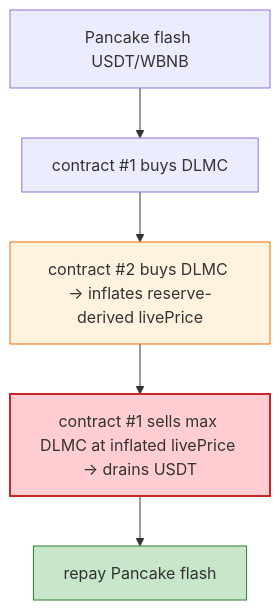
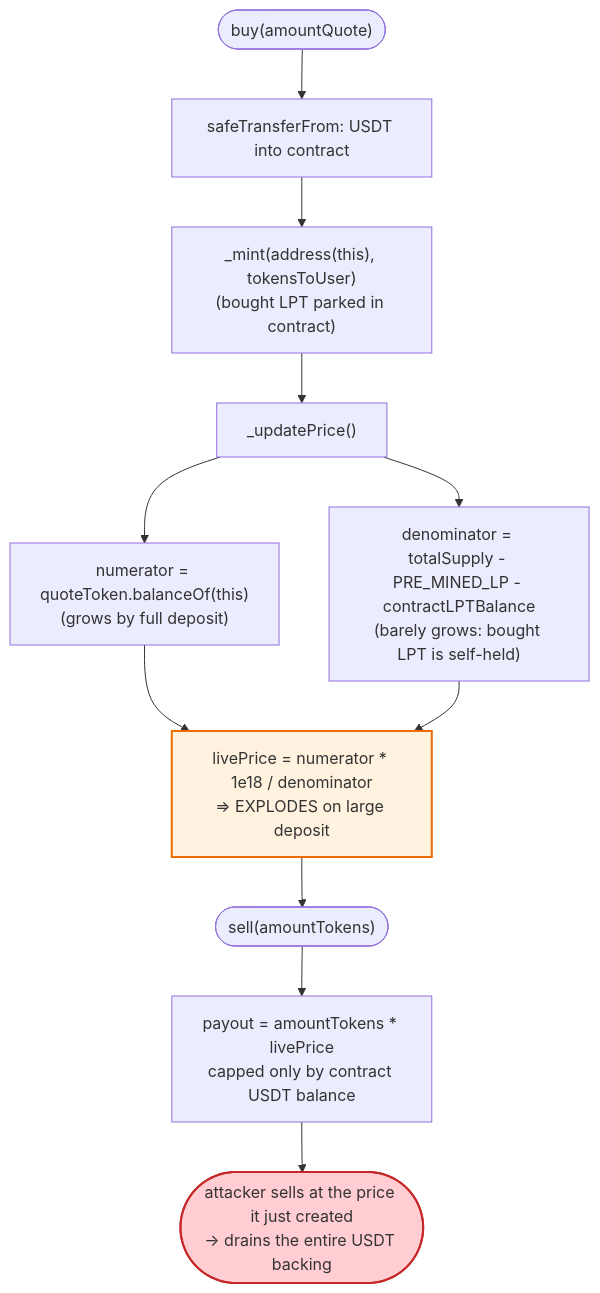
Before and after one commit to sanbir/evm-hack-registry: the third of 4 diagrams in 2026-06-DLMC_exp/DLMC_exp.md, drawn with Mermaid. The commit also changed other lines of this file and 32 other files, not shown here.

````diff
--- a/2026-06-DLMC_exp/DLMC_exp.md
+++ b/2026-06-DLMC_exp/DLMC_exp.md
@@ -39,11 +397,16 @@
 ```mermaid
 flowchart TD
-    FL["Pancake flash USDT/WBNB"] --> B1["contract #1 buys DLMC"]
-    B1 --> B2["contract #2 buys DLMC → inflates reserve-derived livePrice"]
-    B2 --> S["contract #1 sells max DLMC at inflated livePrice → drains USDT"]
-    S --> RP["repay Pancake flash"]
+    Start(["buy(amountQuote)"]) --> In["safeTransferFrom: USDT into contract"]
+    In --> Mint["_mint(address(this), tokensToUser)<br/>(bought LPT parked in contract)"]
+    Mint --> Upd["_updatePrice()"]
+    Upd --> Num["numerator = quoteToken.balanceOf(this)<br/>(grows by full deposit)"]
+    Upd --> Den["denominator = totalSupply - PRE_MINED_LP - contractLPTBalance<br/>(barely grows: bought LPT is self-held)"]
+    Num --> Price["livePrice = numerator * 1e18 / denominator<br/>=> EXPLODES on large deposit"]
+    Den --> Price
+    Price --> Sell(["sell(amountTokens)"])
+    Sell --> Payout["payout = amountTokens * livePrice<br/>capped only by contract USDT balance"]
+    Payout --> Drain(["attacker sells at the price it just created<br/>-> drains the entire USDT backing"])
 
-    style B2 fill:#fff3e0,stroke:#ef6c00
-    style S fill:#ffcdd2,stroke:#c62828,stroke-width:2px
-    style RP fill:#c8e6c9,stroke:#2e7d32
+    style Price fill:#fff3e0,stroke:#ef6c00,stroke-width:2px
+    style Drain fill:#ffcdd2,stroke:#c62828,stroke-width:2px
 ```
````
